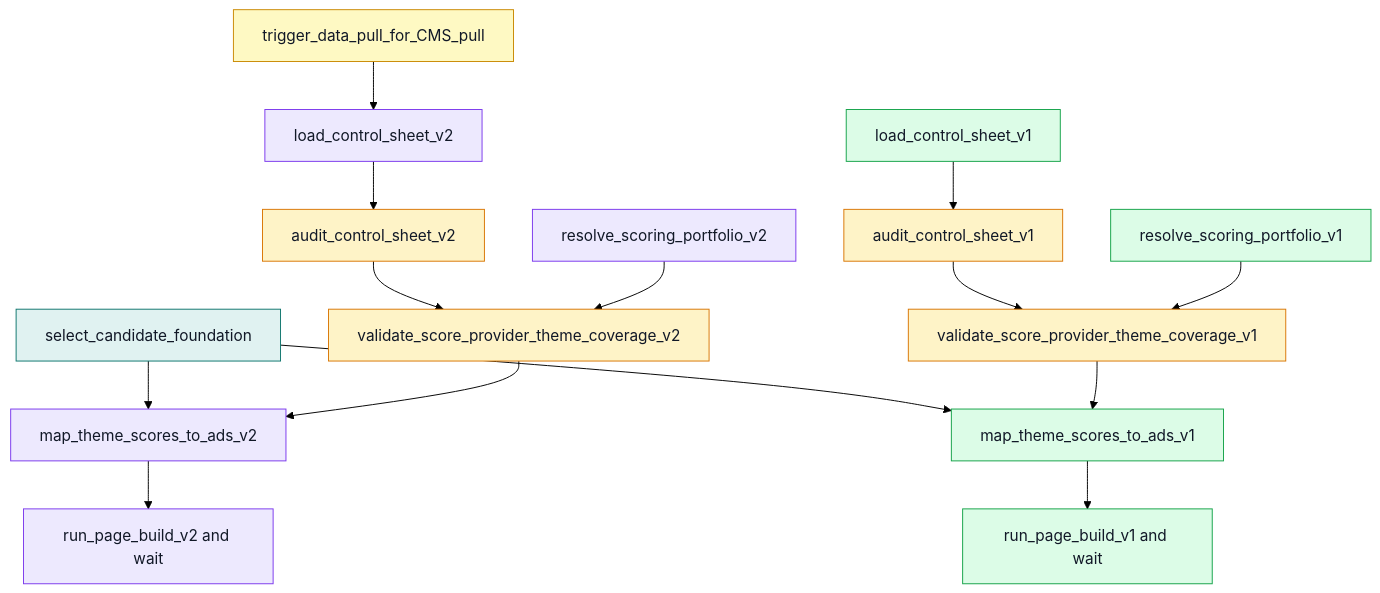
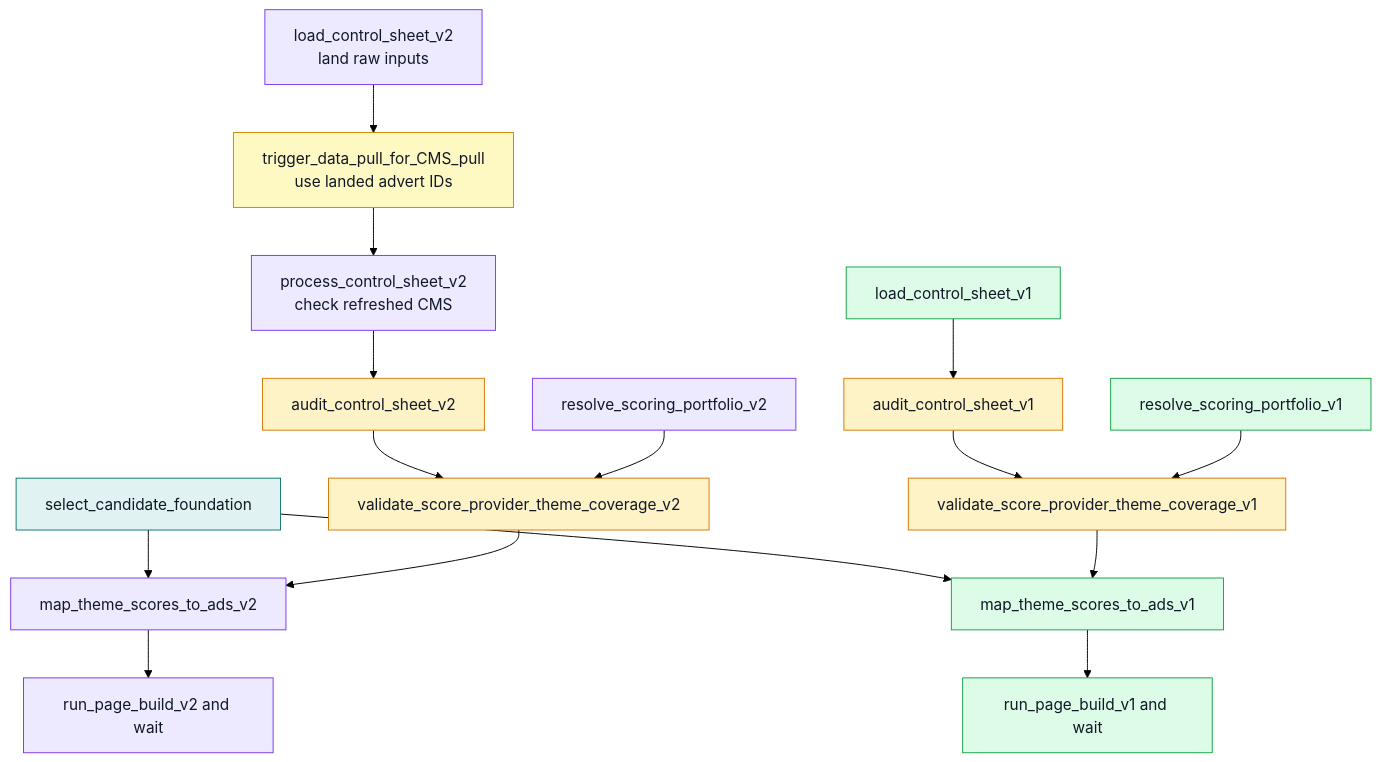
Before and after one commit to swblain-glyndwr/personal_project: the second of 2 diagrams in docs/architecture/v1_v2_parallel_route.md, drawn with Mermaid (forest theme). The commit also changed other lines of this file and 5 other files, not shown here.

Commit message:
Order v2 control loading before CMS refresh

````diff
--- a/docs/architecture/v1_v2_parallel_route.md
+++ b/docs/architecture/v1_v2_parallel_route.md
@@ -91,32 +92,33 @@
 ```mermaid
 flowchart TD
   classDef shared fill:#e0f2f1,stroke:#0f766e,color:#111827
   classDef v1 fill:#dcfce7,stroke:#16a34a,color:#111827
   classDef v2 fill:#ede9fe,stroke:#7c3aed,color:#111827
   classDef guard fill:#fef3c7,stroke:#d97706,color:#111827
   classDef external fill:#fef9c3,stroke:#ca8a04,color:#111827
 
   FOUNDATION["select_candidate_foundation"]:::shared
   LOAD_V1["load_control_sheet_v1"]:::v1
   AUDIT_V1["audit_control_sheet_v1"]:::guard
-  CMS["trigger_data_pull_for_CMS_pull"]:::external
-  LOAD_V2["load_control_sheet_v2"]:::v2
+  LOAD_V2["load_control_sheet_v2<br/>land raw inputs"]:::v2
+  CMS["trigger_data_pull_for_CMS_pull<br/>use landed advert IDs"]:::external
+  PROCESS_V2["process_control_sheet_v2<br/>check refreshed CMS"]:::v2
   AUDIT_V2["audit_control_sheet_v2"]:::guard
   SELECT_V1["resolve_scoring_portfolio_v1"]:::v1
   SELECT_V2["resolve_scoring_portfolio_v2"]:::v2
   COVER_V1["validate_score_provider_theme_coverage_v1"]:::guard
   COVER_V2["validate_score_provider_theme_coverage_v2"]:::guard
   MAP_V1["map_theme_scores_to_ads_v1"]:::v1
   MAP_V2["map_theme_scores_to_ads_v2"]:::v2
   PAGE_V1["run_page_build_v1 and wait"]:::v1
   PAGE_V2["run_page_build_v2 and wait"]:::v2
 
   LOAD_V1 --> AUDIT_V1 --> COVER_V1
   SELECT_V1 --> COVER_V1
-  CMS --> LOAD_V2 --> AUDIT_V2 --> COVER_V2
+  LOAD_V2 --> CMS --> PROCESS_V2 --> AUDIT_V2 --> COVER_V2
   SELECT_V2 --> COVER_V2
   FOUNDATION --> MAP_V1
   FOUNDATION --> MAP_V2
   COVER_V1 --> MAP_V1 --> PAGE_V1
   COVER_V2 --> MAP_V2 --> PAGE_V2
 ```
````
